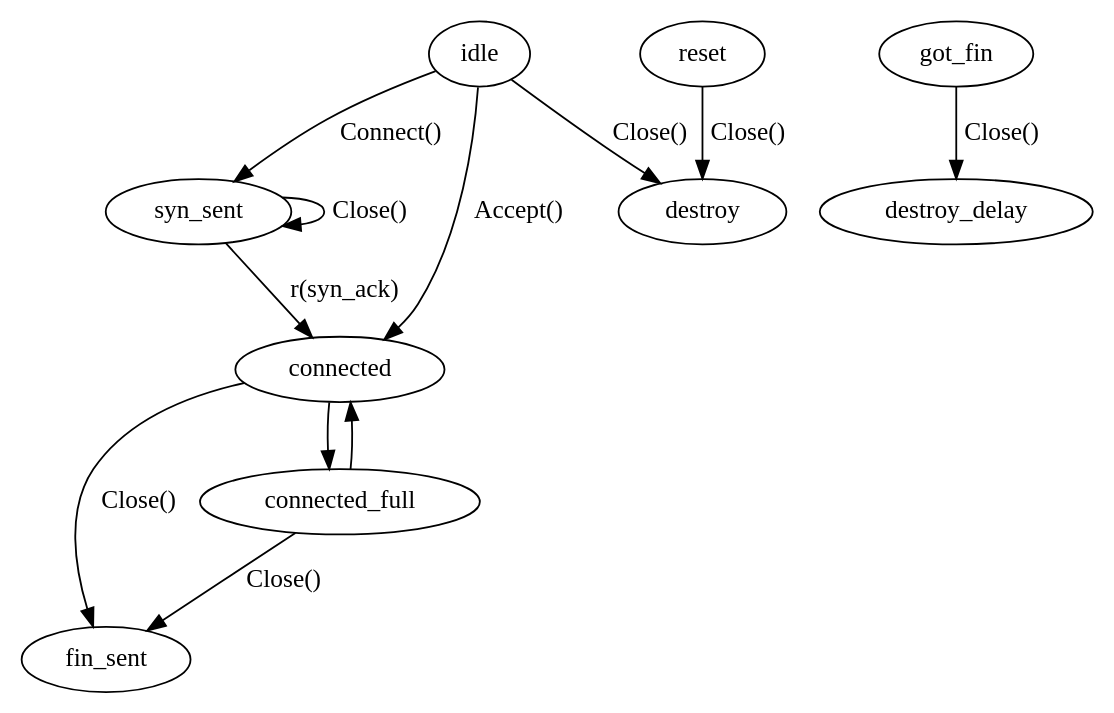
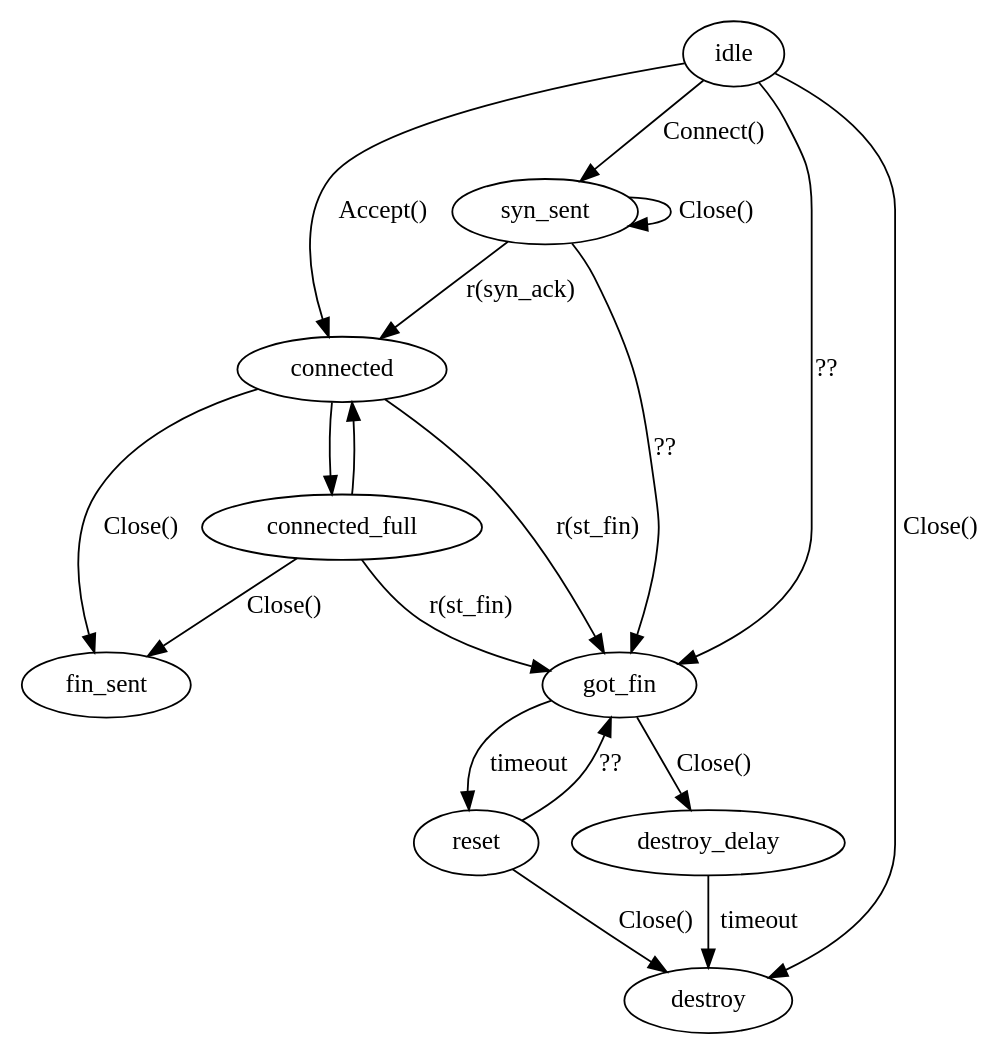
Before and after one commit to jlouis/etorrent: the diagram in documentation/utp.dot, drawn with Graphviz.

Commit message:
Document more state transitions in the protocol.

```diff
--- a/documentation/utp.dot
+++ b/documentation/utp.dot
@@ -1,14 +1,27 @@
 digraph {
+	/* Initialization */
 	idle -> syn_sent [label="Connect()"];
 	syn_sent -> connected [label="r(syn_ack)"];
 	idle -> connected [label="Accept()"];
+	/* Close */
 	idle -> destroy [label="Close()"];
 	syn_sent -> syn_sent [label="Close()"];
 	connected -> fin_sent [label="Close()"];
 	connected_full -> fin_sent [label="Close()"];
 	got_fin -> destroy_delay [label="Close()"];
 	reset -> destroy [label="Close()"];
+	/* Connection SendBuf overflow */
 	connected -> connected_full;
 	connected_full -> connected;
+	/* Destroy */
+	destroy_delay -> destroy [label="timeout"];
+	got_fin -> reset [label="timeout"];
+	/* Finailization */
+	connected -> got_fin [label="r(st_fin)"];
+	connected_full -> got_fin [label="r(st_fin)"];
+	syn_sent -> got_fin [label="??"];
+	idle     -> got_fin [label="??"];
+	reset    -> got_fin [label="??"];
 
+	
 }
```
